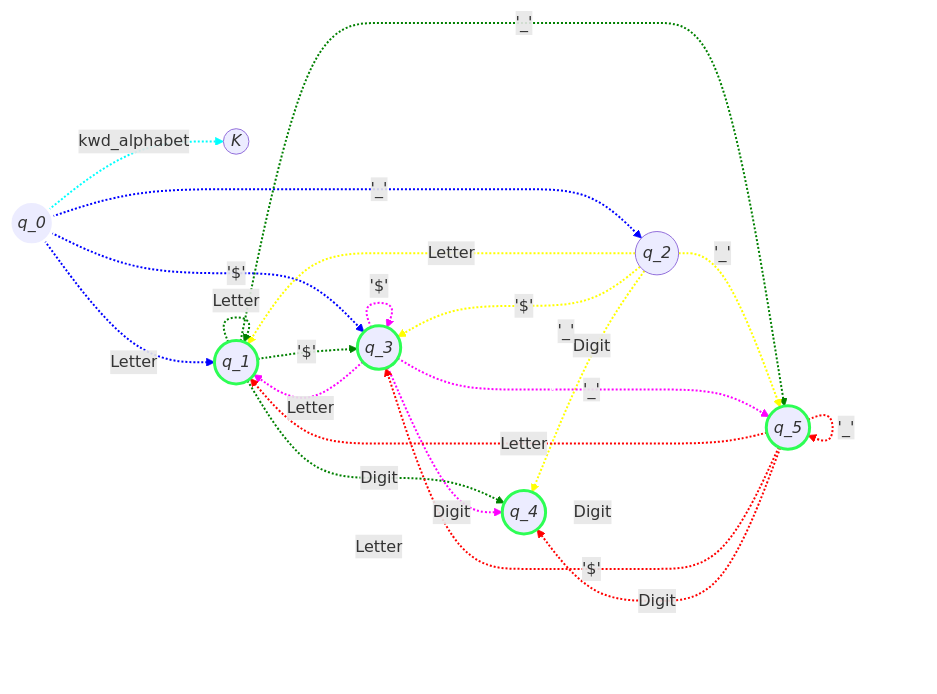
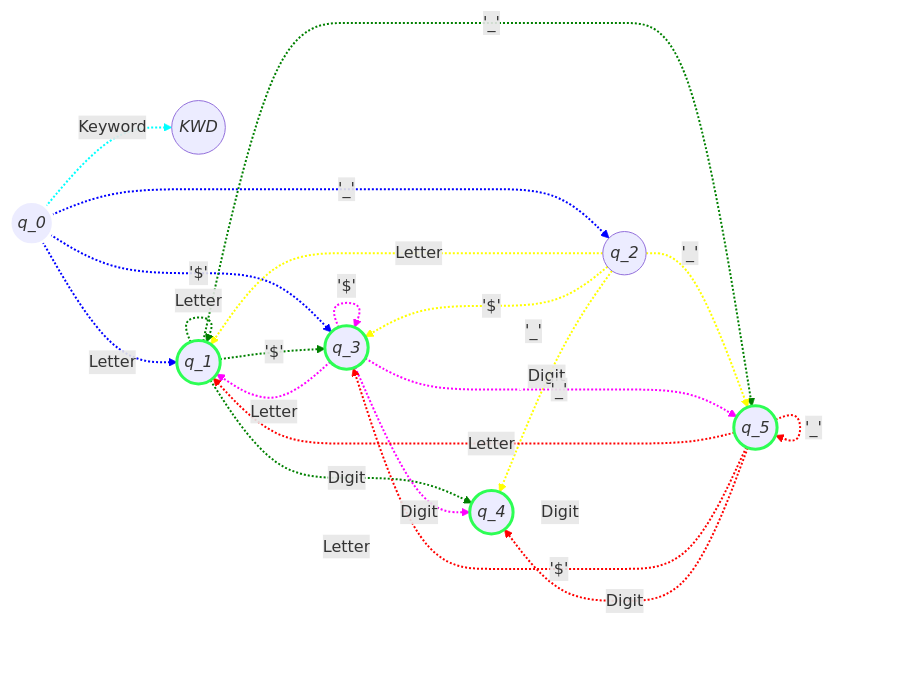
One commit to felix-rojas/dfa_java changed the fifth of 5 diagrams in README.md. Above: the diagram before and after it, drawn with Mermaid. The commit also changed other lines of this file, not shown here.

````diff
--- a/README.md
+++ b/README.md
@@ -193,50 +194,50 @@
 ```mermaid
 %%{init: {"flowchart": {"curve": "cardinal"}, {"htmlLabels": false}}}%%
 
 graph LR
-    K(("`*K*`"))
+    K(("`*KWD*`"))
     Q0(("`*q_0*`"))
     Q1(("`*q_1*`"))
     Q2(("`*q_2*`"))
     Q3(("`*q_3*`"))
     Q4(("`*q_4*`"))
     Q5(("`*q_5*`"))
     
     Q0 -. Letter .-> Q1
     Q0 -.'_'.-> Q2
     Q0 -.'$'.-> Q3
     Q1 -.Letter.-> Q1
     Q1 -.'$'.-> Q3
     Q1 -.Digit.-> Q4
     Q1 -.'_'.-> Q5
     Q2 -.Letter.-> Q1
     Q2 -.'$'.-> Q3
     Q2 -.Digit.-> Q4
     Q2 -.'_'.-> Q5
     Q3 -.Letter.-> Q1
     Q3 -.'$'.-> Q3
     Q3 -.Digit.-> Q4
     Q3 -.'_'.-> Q5
     Q4 -.Letter.-> Q1
     Q4 -.'_'.-> Q2
     Q4 -.Digit.-> Q4
     Q5 -.Letter.-> Q1
     Q5 -.'$'.-> Q3
     Q5 -.Digit.-> Q4
     Q5 -.'_'.-> Q5
-    Q0 -. kwd_alphabet .-> K
+    Q0 -. Keyword .-> K
     
     style Q0 fill:#f9fff,stroke:#ffff,stroke-width:3px
     style Q1 fill:#f9fff,stroke:#2DFE54,stroke-width:3px
     style Q3 fill:#f9fff,stroke:#2DFE54,stroke-width:3px
     style Q4 fill:#f9fff,stroke:#2DFE54,stroke-width:3px
     style Q5 fill:#f9fff,stroke:#2DFE54,stroke-width:3px
     
     linkStyle 0,1,2 stroke:blue,stroke-width:2px;
     linkStyle 3,4,5,6 stroke:green,stroke-width:2px;
     linkStyle 7,8,9,10 stroke:yellow,stroke-width:2px;
     linkStyle 11,12,13,14 stroke:magenta,stroke-width:2px;
     linkStyle 15,16,17 stroke:white,stroke-width:2px;
     linkStyle 18,19,20,21 stroke:red,stroke-width:2px;
     linkStyle 22 stroke:cyan,stroke-width:2px;
 ```
````
